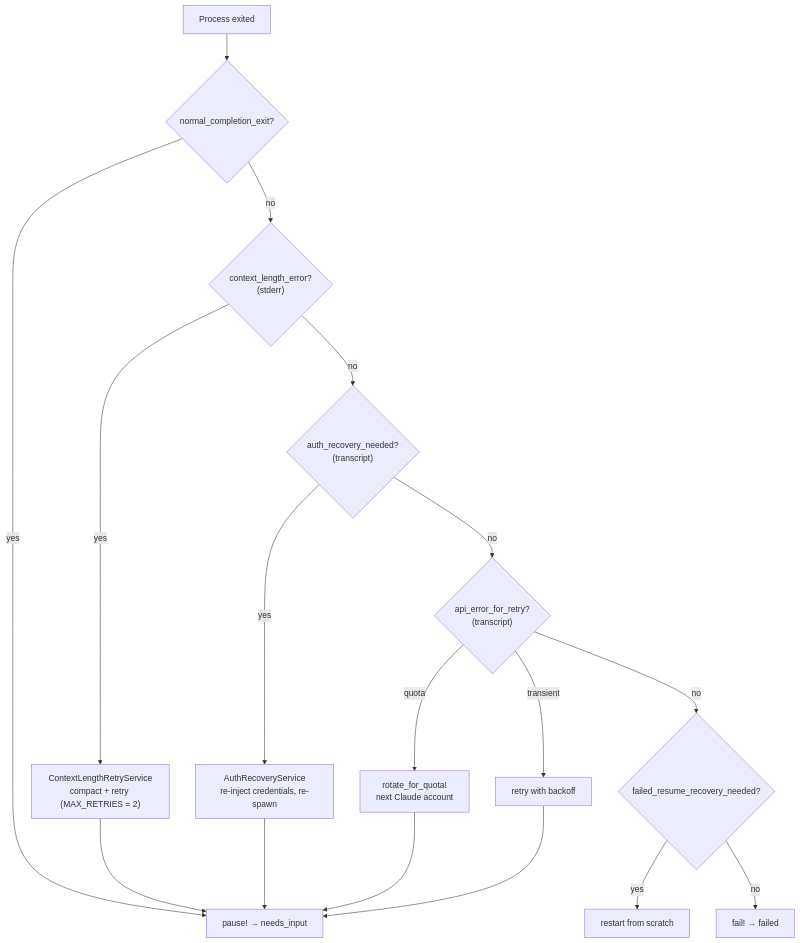
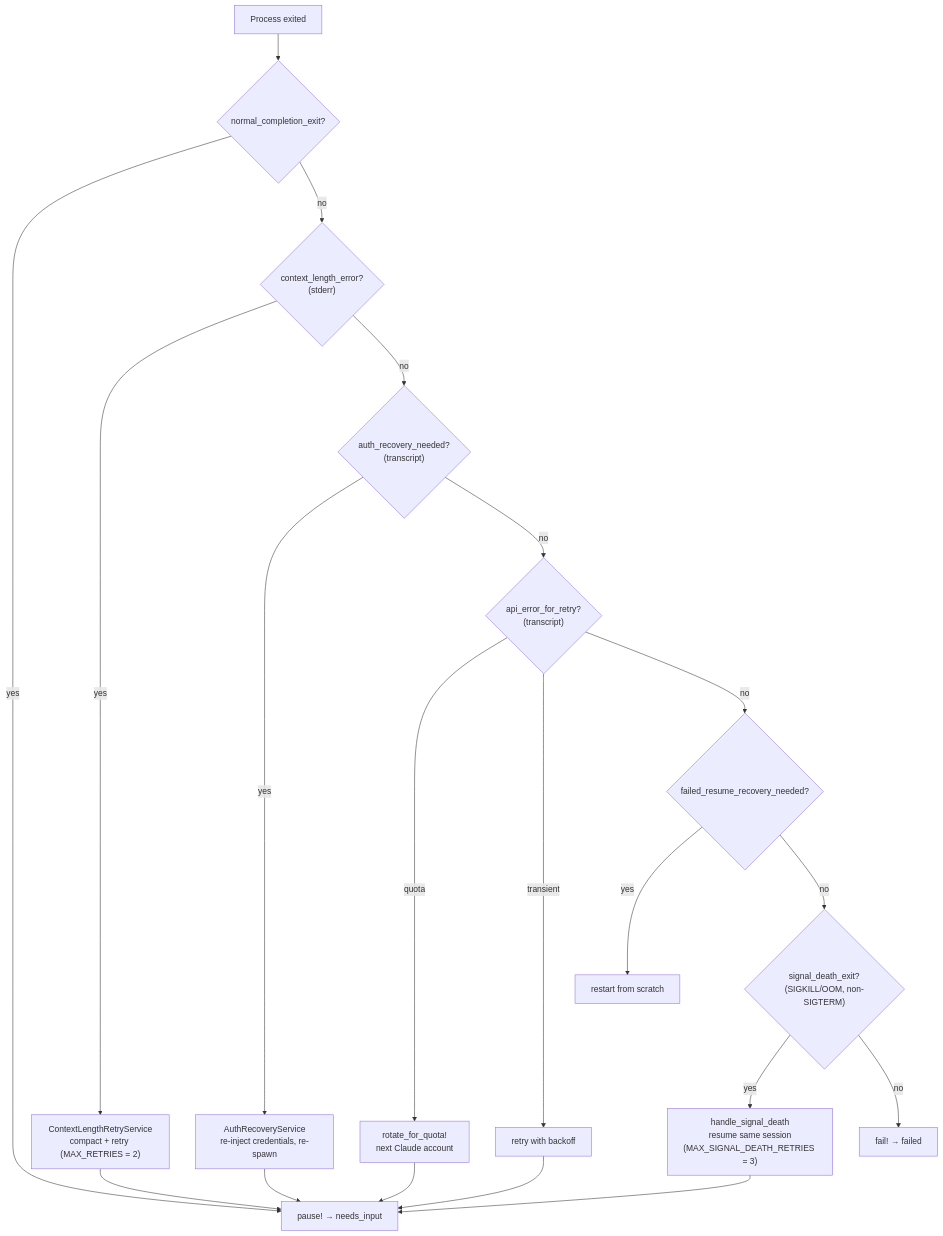
Before and after one commit to tadasant/zimmer: the diagram in docs/src/content/docs/sessions/spawning.md, drawn with Mermaid. The commit also changed other lines of this file and 6 other files, not shown here.

````diff
--- a/docs/src/content/docs/sessions/spawning.md
+++ b/docs/src/content/docs/sessions/spawning.md
@@ -123,19 +125,22 @@
 ```mermaid
 flowchart TD
     E["Process exited"] --> N{"normal_completion_exit?"}
     N -->|yes| P["pause! → needs_input"]
     N -->|no| C{"context_length_error?<br/>(stderr)"}
     C -->|yes| CR["ContextLengthRetryService<br/>compact + retry (MAX_RETRIES = 2)"]
     C -->|no| A{"auth_recovery_needed?<br/>(transcript)"}
     A -->|yes| AR["AuthRecoveryService<br/>re-inject credentials, re-spawn"]
     A -->|no| Q{"api_error_for_retry?<br/>(transcript)"}
     Q -->|quota| RO["rotate_for_quota!<br/>next Claude account"]
     Q -->|transient| RT["retry with backoff"]
     Q -->|no| F{"failed_resume_recovery_needed?"}
     F -->|yes| FR["restart from scratch"]
-    F -->|no| FAIL["fail! → failed"]
+    F -->|no| SD{"signal_death_exit?<br/>(SIGKILL/OOM, non-SIGTERM)"}
+    SD -->|yes| SDR["handle_signal_death<br/>resume same session<br/>(MAX_SIGNAL_DEATH_RETRIES = 3)"]
+    SD -->|no| FAIL["fail! → failed"]
     CR --> P
     AR --> P
     RO --> P
     RT --> P
+    SDR --> P
 ```
````
